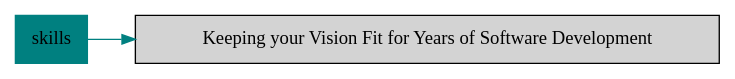
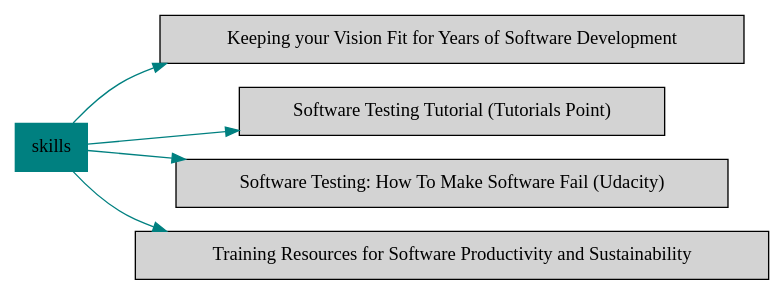
One commit to duongdo27/Dealii changed the diagram in markdown/category_skills.dot. Above: the diagram before and after it, drawn with Graphviz. The commit also changed 16 other files, not shown here.

```diff
--- a/markdown/category_skills.dot
+++ b/markdown/category_skills.dot
@@ -1,9 +1,15 @@
 digraph bettersoftware {
             rankdir = LR;
             ratio = fill;
             node [style=filled];
             node [shape = box];
 "skills" [colorscheme="svg" color="teal"];
 "skills" ->  "VisionFitnessForSoftwareProductivity.md" [colorscheme="svg" color="teal"];
 "VisionFitnessForSoftwareProductivity.md" [label="Keeping your Vision Fit for Years of Software Development" URL="http://bss.parallactic.com/resources/keeping-your-vision-fit-for-years-of-software-development"]
+"skills" ->  "SwTestingTutorialTutorialsPoint.md" [colorscheme="svg" color="teal"];
+"SwTestingTutorialTutorialsPoint.md" [label="Software Testing Tutorial (Tutorials Point)" URL="http://bss.parallactic.com/resources/software-testing-tutorial-tutorials-point"]
+"skills" ->  "SwTestingUdacity.md" [colorscheme="svg" color="teal"];
+"SwTestingUdacity.md" [label="Software Testing: How To Make Software Fail (Udacity)" URL="http://bss.parallactic.com/resources/software-testing-how-to-make-software-fail-udacity"]
+"skills" ->  "Training.ProductivityAndSustainability.md" [colorscheme="svg" color="teal"];
+"Training.ProductivityAndSustainability.md" [label="Training Resources for Software Productivity and Sustainability" URL="http://bss.parallactic.com/resources/training-resources-for-software-productivity-and-sustainability"]
 }
```
